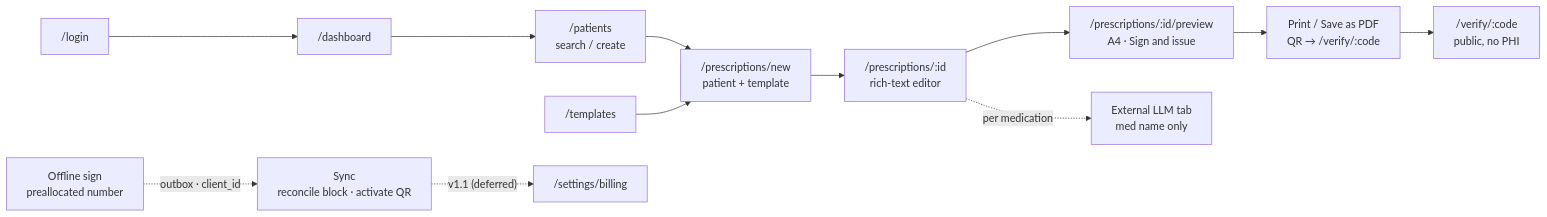
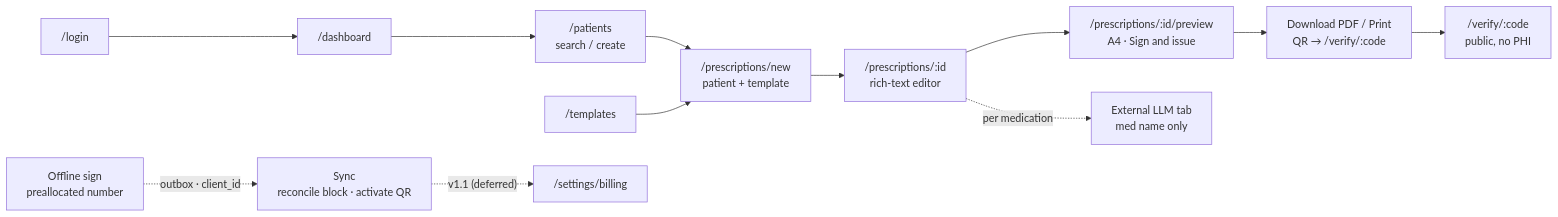
One commit to serbarla/doctor-prescription changed the second of 2 diagrams in context/sitemap.md. Above: the diagram before and after it, drawn with Mermaid. The commit also changed other lines of this file and 11 other files, not shown here.

````diff
--- a/context/sitemap.md
+++ b/context/sitemap.md
@@ -140,14 +140,14 @@
 ```mermaid
 flowchart LR
     L["/login"] --> D["/dashboard"]
     D --> P["/patients<br/>search / create"]
     P --> N["/prescriptions/new<br/>patient + template"]
     T["/templates"] --> N
     N --> E["/prescriptions/:id<br/>rich-text editor"]
     E --> V["/prescriptions/:id/preview<br/>A4 · Sign and issue"]
-    V --> PDF["Print / Save as PDF<br/>QR → /verify/:code"]
+    V --> PDF["Download PDF / Print<br/>QR → /verify/:code"]
     PDF --> PUB["/verify/:code<br/>public, no PHI"]
     E -. "per medication" .-> LLM["External LLM tab<br/>med name only"]
     S["Offline sign<br/>preallocated number"] -. "outbox · client_id" .-> SYNC["Sync<br/>reconcile block · activate QR"]
     SYNC -. "v1.1 (deferred)" .-> B["/settings/billing"]
 ```
````
